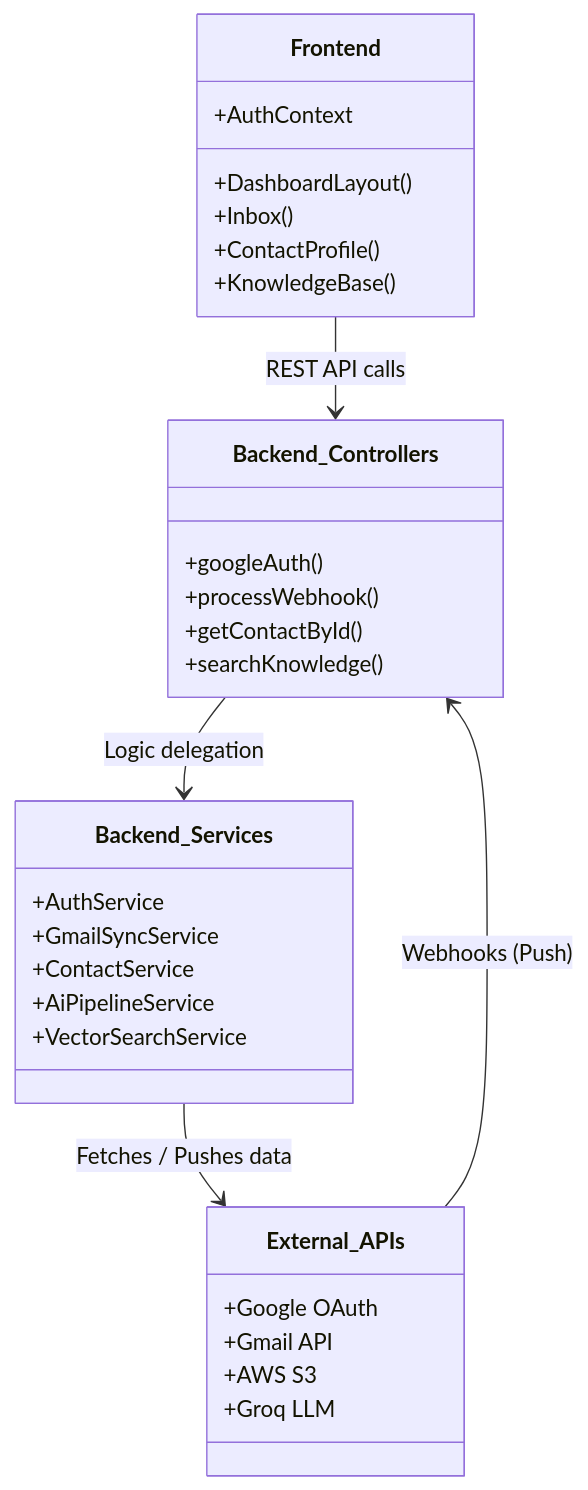
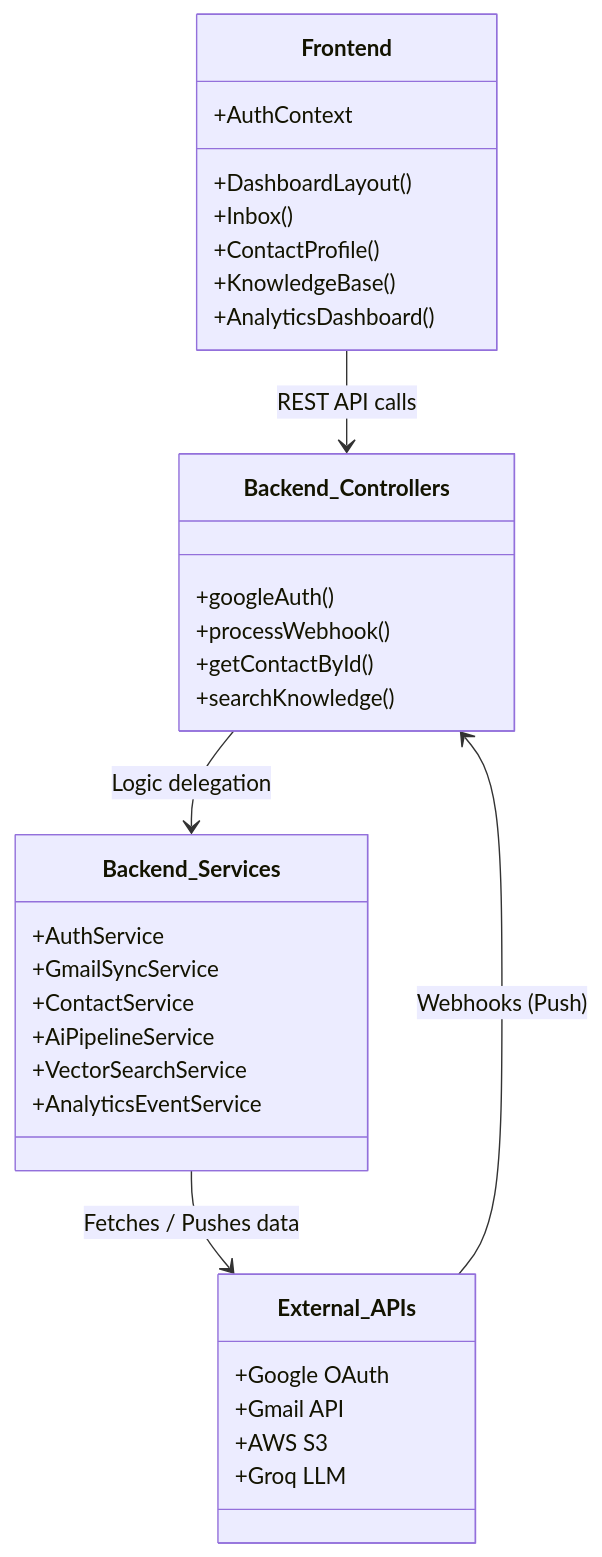
Before and after one commit to Lancerhawk/MailBot: the second of 5 diagrams in README.md, drawn with Mermaid. The commit also changed other lines of this file and 41 other files, not shown here.

First line of the commit message:
feat: implement enterprise analytics and AI insights dashboard (v0.9.0)

````diff
--- a/README.md
+++ b/README.md
@@ -95,33 +97,35 @@
 ```mermaid
 classDiagram
     class Frontend {
         +AuthContext
         +DashboardLayout()
         +Inbox()
         +ContactProfile()
         +KnowledgeBase()
+        +AnalyticsDashboard()
     }
     class Backend_Controllers {
         +googleAuth()
         +processWebhook()
         +getContactById()
         +searchKnowledge()
     }
     class Backend_Services {
         +AuthService
         +GmailSyncService
         +ContactService
         +AiPipelineService
         +VectorSearchService
+        +AnalyticsEventService
     }
     class External_APIs {
         +Google OAuth
         +Gmail API
         +AWS S3
         +Groq LLM
     }
     Frontend --> Backend_Controllers : REST API calls
     Backend_Controllers --> Backend_Services : Logic delegation
     Backend_Services --> External_APIs : Fetches / Pushes data
     External_APIs --> Backend_Controllers : Webhooks (Push)
 ```
````
